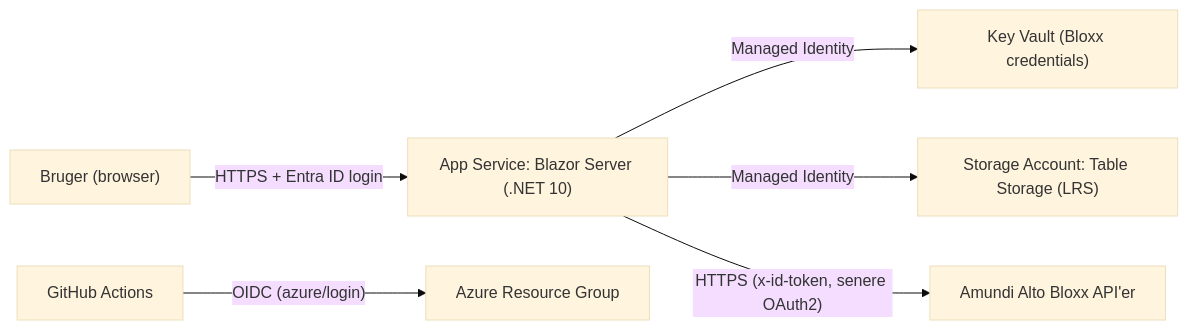
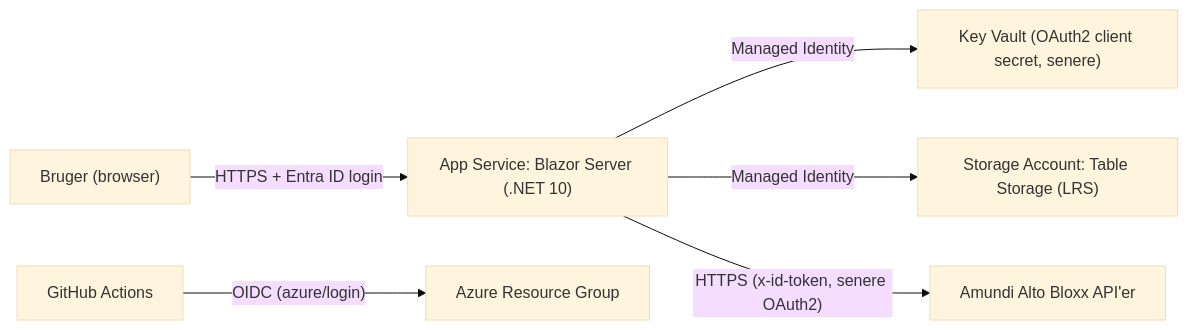
One commit to PeterWallenius/ApiTestBloxx changed the diagram in Plan.md. Above: the diagram before and after it, drawn with Mermaid (base theme). The commit also changed other lines of this file, not shown here.

Commit message:
Plan: x-id-token entered in Blazor UI instead of Key Vault

````diff
--- a/Plan.md
+++ b/Plan.md
@@ -23,8 +23,8 @@
 ```mermaid
 flowchart LR
     User["Bruger (browser)"] -- "HTTPS + Entra ID login" --> App["App Service: Blazor Server (.NET 10)"]
-    App -- "Managed Identity" --> KV["Key Vault (Bloxx credentials)"]
+    App -- "Managed Identity" --> KV["Key Vault (OAuth2 client secret, senere)"]
     App -- "Managed Identity" --> ST["Storage Account: Table Storage (LRS)"]
     App -- "HTTPS (x-id-token, senere OAuth2)" --> Bloxx["Amundi Alto Bloxx API'er"]
     GH["GitHub Actions"] -- "OIDC (azure/login)" --> Azure["Azure Resource Group"]
 ```
````
